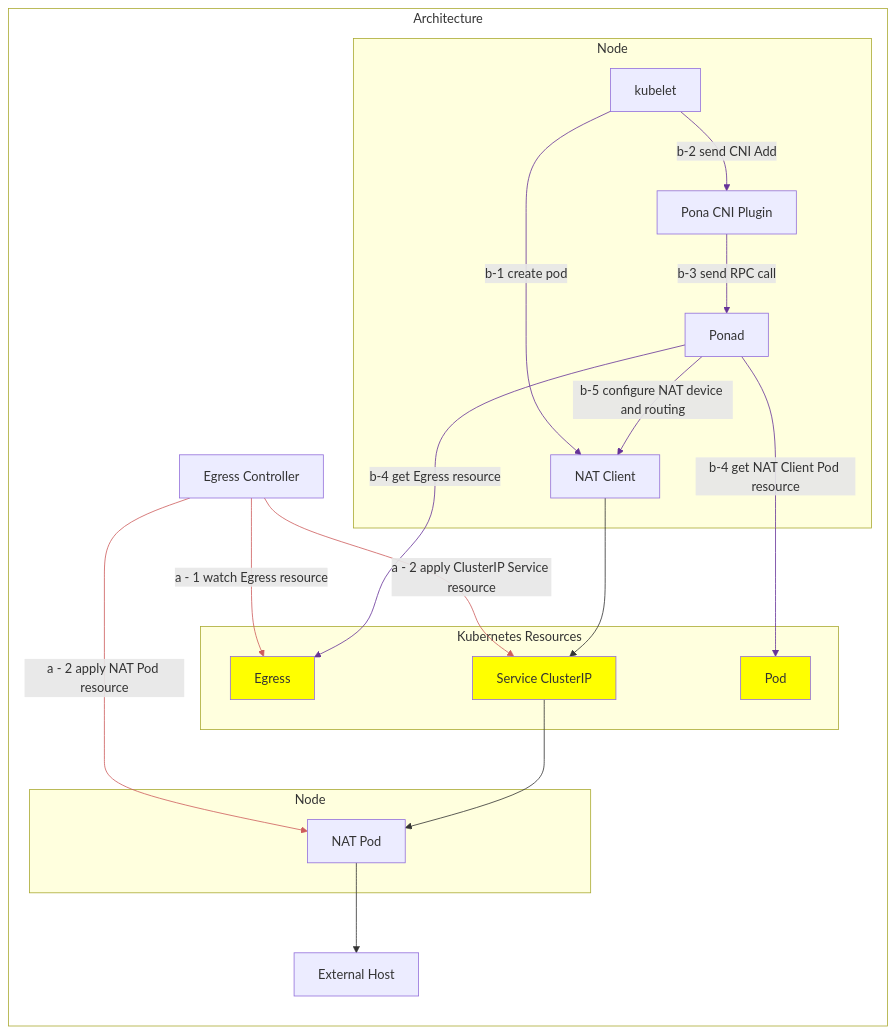
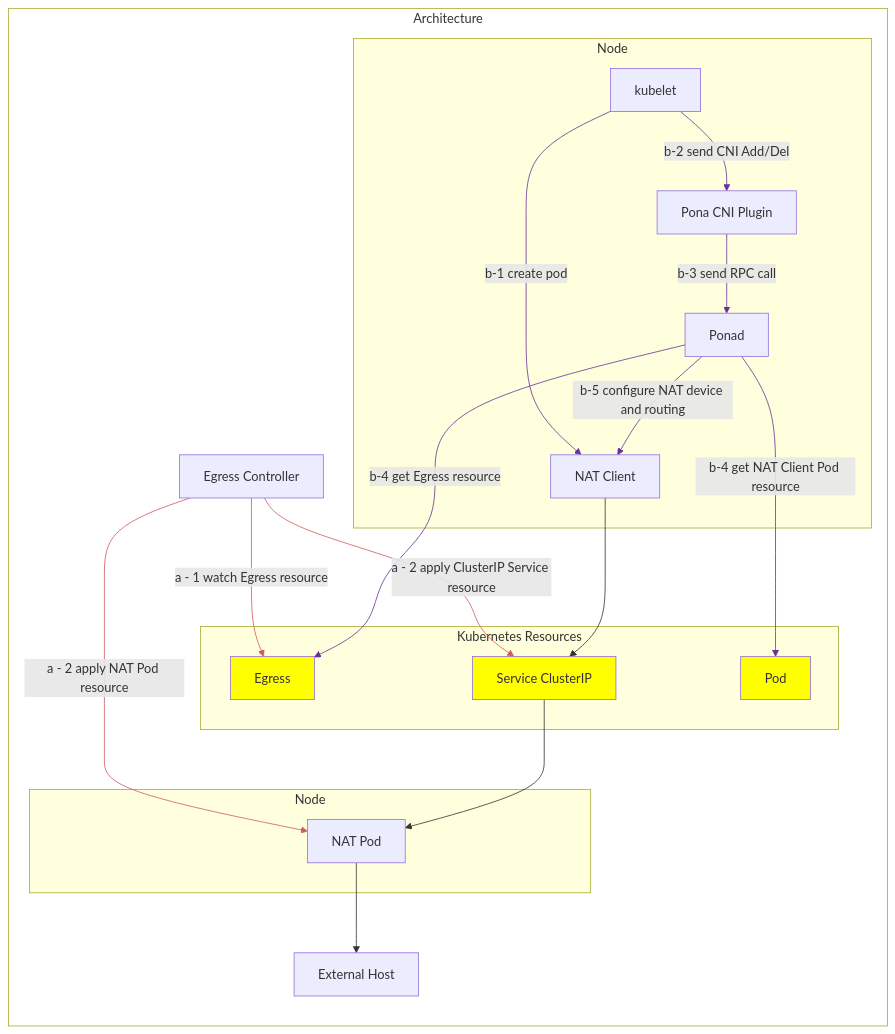
Before and after one commit to cybozu-go/pona: the diagram in docs/design.md, drawn with Mermaid. The commit also changed other lines of this file, not shown here.

````diff
--- a/docs/design.md
+++ b/docs/design.md
@@ -16,44 +16,44 @@
 ```mermaid
 %%{init:{'theme': 'default'}}%%
 flowchart LR
     style Architecture fill: #FFFFFF
     subgraph Architecture
         subgraph k8s[Kubernetes Resources]
             egress[Egress]:::KubernetesResource
             pod[Pod]:::KubernetesResource
             svc[Service ClusterIP]:::KubernetesResource
         end
 
         classDef KubernetesResource fill: #FFFF00
 
         subgraph ClientNode[Node]
             kubelet
             natClient[NAT Client]
             cniPlugin[Pona CNI Plugin]
             ponad[Ponad]
         end
 
         subgraph ServerNode[Node]
             natServer[NAT Pod]
         end
 
         controller[Egress Controller]
         external[External Host]
         controller -- a - 1 watch Egress resource --> egress
         controller -- a - 2 apply ClusterIP Service resource --> svc
         controller -- a - 2 apply NAT Pod resource --> natServer
         linkStyle 0,1,2 stroke: indianred;
 
         kubelet -- " b-1 create pod " --> natClient
-        kubelet -- " b-2 send CNI Add " --> cniPlugin
+        kubelet -- " b-2 send CNI Add/Del " --> cniPlugin
         cniPlugin -- " b-3 send RPC call " --> ponad
         ponad -- " b-4 get Egress resource " --> egress
         ponad -- " b-4 get NAT Client Pod resource " --> pod
         ponad -- " b-5 configure NAT device and routing " --> natClient
         linkStyle 3,4,5,6,7,8 stroke: rebeccapurple;
 
         natClient --> svc
         svc --> natServer
         natServer --> external
     end
 ```
````
